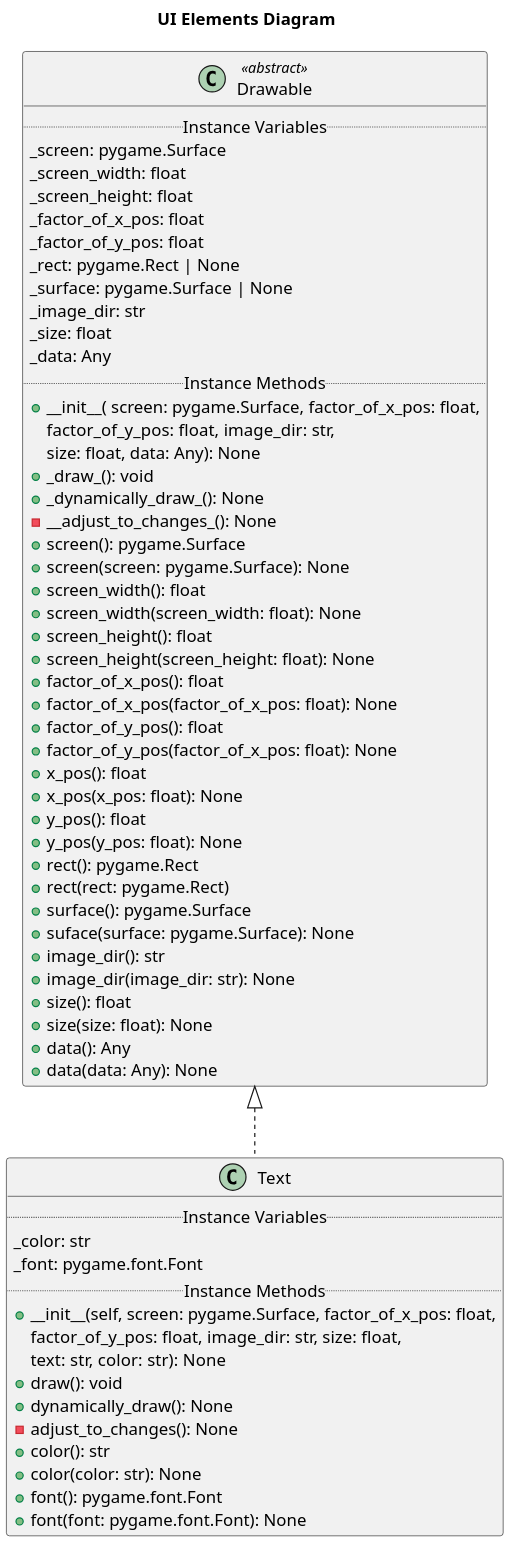
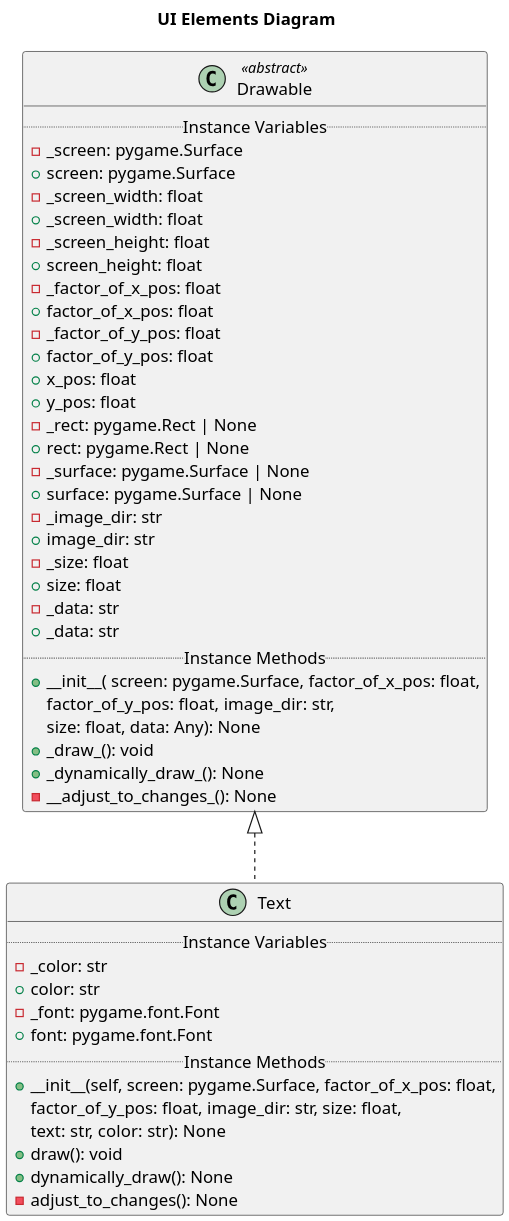
One commit to kmerickson/OOP-PuzzleMaze changed the diagram in Puzzle_Maze/uml/ui_elements_components.plantuml. Above: the diagram before and after it, drawn with PlantUML. The commit also changed 4 other files, not shown here.

Commit message:
fixed uml diagrams

```diff
--- a/Puzzle_Maze/uml/ui_elements_components.plantuml
+++ b/Puzzle_Maze/uml/ui_elements_components.plantuml
@@ -1,66 +1,52 @@
 @startuml
 scale 2
 title "UI Elements Diagram"
 class Drawable <<abstract>>{
     .. Instance Variables ..
-    _screen: pygame.Surface
-    _screen_width: float
-    _screen_height: float
-    _factor_of_x_pos: float
-    _factor_of_y_pos: float
-    _rect: pygame.Rect | None
-    _surface: pygame.Surface | None
-    _image_dir: str
-    _size: float 
-    _data: Any
+    - _screen: pygame.Surface
+    + screen: pygame.Surface
+    - _screen_width: float
+    + _screen_width: float
+    - _screen_height: float
+    + screen_height: float
+    - _factor_of_x_pos: float
+    + factor_of_x_pos: float
+    - _factor_of_y_pos: float
+    + factor_of_y_pos: float
+    + x_pos: float
+    + y_pos: float
+    - _rect: pygame.Rect | None
+    + rect: pygame.Rect | None
+    - _surface: pygame.Surface | None
+    + surface: pygame.Surface | None
+    - _image_dir: str
+    + image_dir: str
+    - _size: float 
+    + size: float
+    - _data: str
+    + _data: str
     .. Instance Methods ..
     + __init__( screen: pygame.Surface, factor_of_x_pos: float,
                  factor_of_y_pos: float, image_dir: str,
                  size: float, data: Any): None
     + _draw_(): void
     + _dynamically_draw_(): None
     - __adjust_to_changes_(): None
-    + screen(): pygame.Surface
-    + screen(screen: pygame.Surface): None
-    + screen_width(): float
-    + screen_width(screen_width: float): None
-    + screen_height(): float
-    + screen_height(screen_height: float): None
-    + factor_of_x_pos(): float
-    + factor_of_x_pos(factor_of_x_pos: float): None
-    + factor_of_y_pos(): float
-    + factor_of_y_pos(factor_of_x_pos: float): None
-    + x_pos(): float
-    + x_pos(x_pos: float): None
-    + y_pos(): float
-    + y_pos(y_pos: float): None
-    + rect(): pygame.Rect
-    + rect(rect: pygame.Rect)
-    + surface(): pygame.Surface
-    + suface(surface: pygame.Surface): None
-    + image_dir(): str
-    + image_dir(image_dir: str): None
-    + size(): float
-    + size(size: float): None
-    + data(): Any
-    + data(data: Any): None
 }
 
 class Text implements Drawable{
     .. Instance Variables ..
-    _color: str
-    _font: pygame.font.Font
+    - _color: str
+    + color: str
+    - _font: pygame.font.Font
+    + font: pygame.font.Font
     .. Instance Methods ..
     + __init__(self, screen: pygame.Surface, factor_of_x_pos: float,
                  factor_of_y_pos: float, image_dir: str, size: float,
                  text: str, color: str): None
     + draw(): void
     + dynamically_draw(): None
     - adjust_to_changes(): None
-    + color(): str
-    + color(color: str): None
-    + font(): pygame.font.Font
-    + font(font: pygame.font.Font): None
 }
 
 @enduml
```
